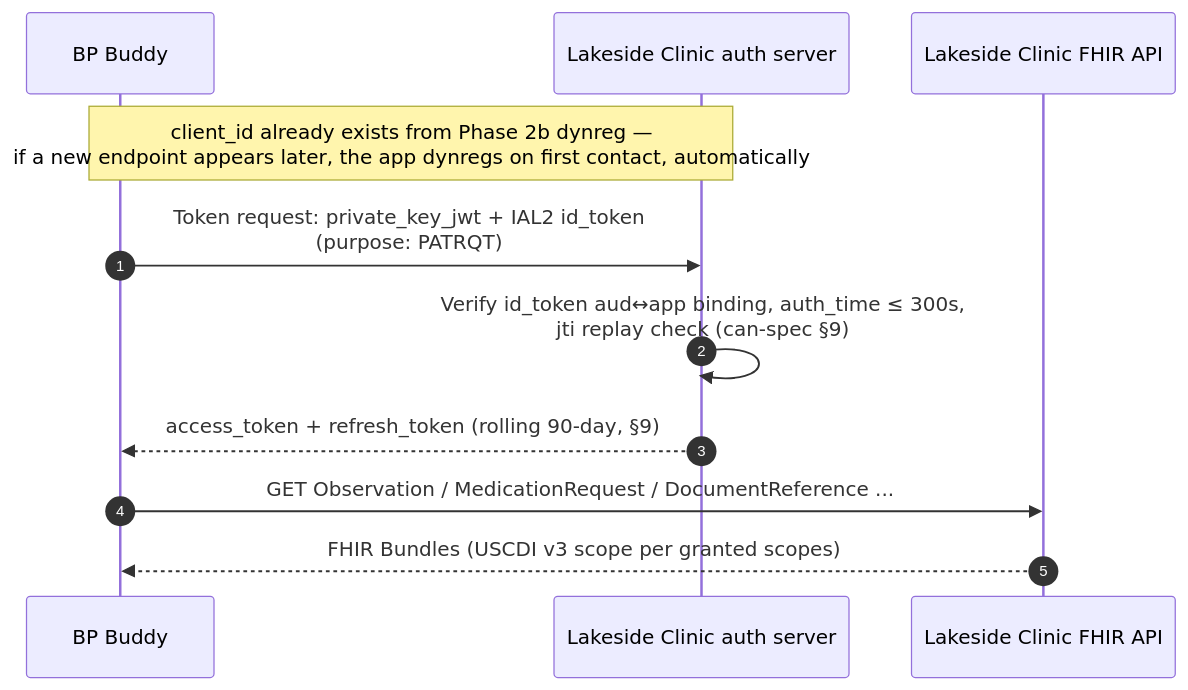
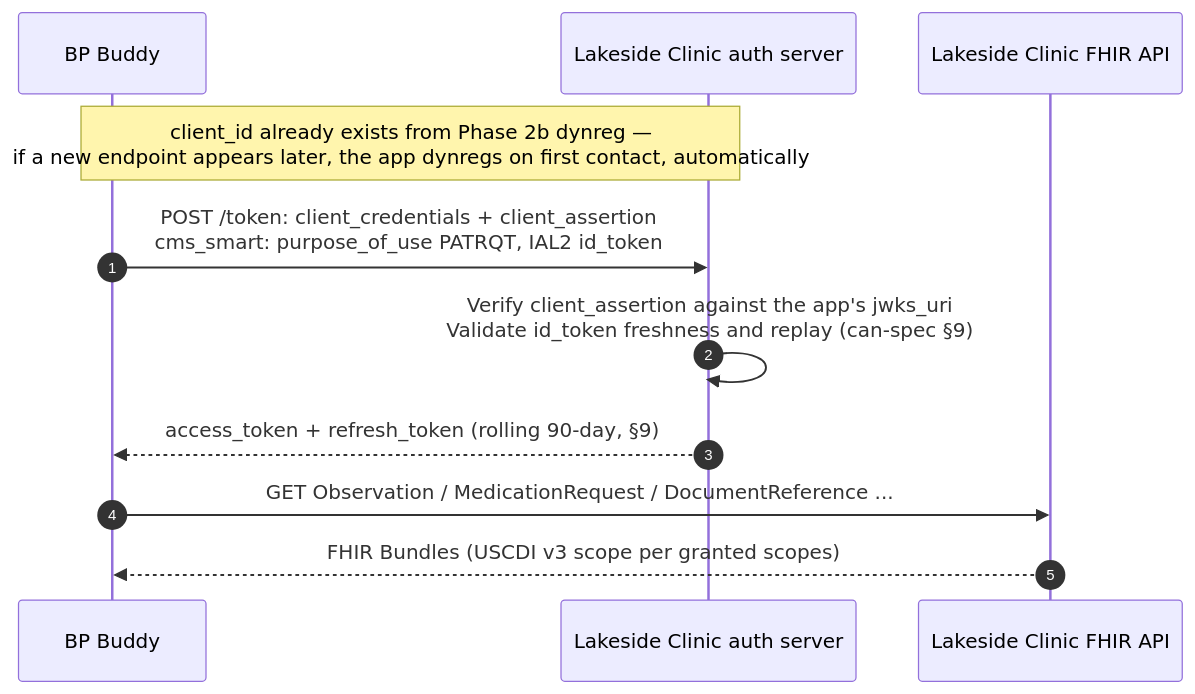
The eighth of 9 diagrams in app-connectivity-flows.md (jmandel/cms-ns), drawn with Mermaid before and after one commit. The commit also changed other lines of this file, not shown here.

First line of the commit message:
4a is facilitated FHIR; token requests use Blue Button cms_smart shape; trim Phase 5

````diff
--- a/app-connectivity-flows.md
+++ b/app-connectivity-flows.md
@@ -228,14 +230,14 @@
 ```mermaid
 sequenceDiagram
     autonumber
     participant App as BP Buddy
     participant LAS as Lakeside Clinic auth server
     participant LFHIR as Lakeside Clinic FHIR API
 
     Note over App,LAS: client_id already exists from Phase 2b dynreg —<br/>if a new endpoint appears later, the app dynregs on first contact, automatically
-    App->>LAS: Token request: private_key_jwt + IAL2 id_token<br/>(purpose: PATRQT)
-    LAS->>LAS: Verify id_token aud↔app binding, auth_time ≤ 300s,<br/>jti replay check (can-spec §9)
+    App->>LAS: POST /token: client_credentials + client_assertion<br/>cms_smart: purpose_of_use PATRQT, IAL2 id_token
+    LAS->>LAS: Verify client_assertion against the app's jwks_uri<br/>Validate id_token freshness and replay (can-spec §9)
     LAS-->>App: access_token + refresh_token (rolling 90-day, §9)
     App->>LFHIR: GET Observation / MedicationRequest / DocumentReference ...
     LFHIR-->>App: FHIR Bundles (USCDI v3 scope per granted scopes)
 ```
````
